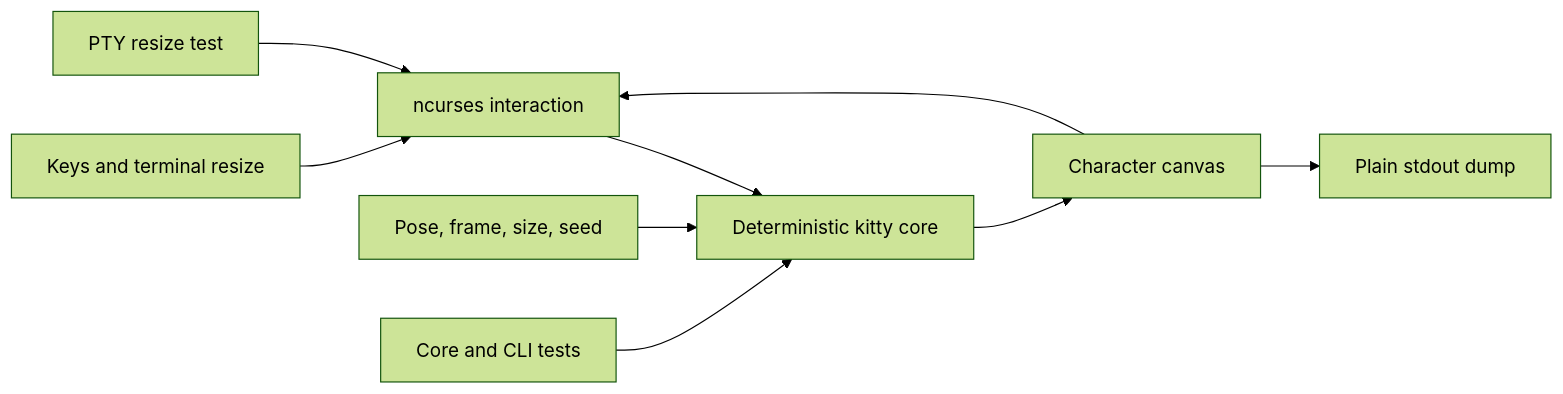
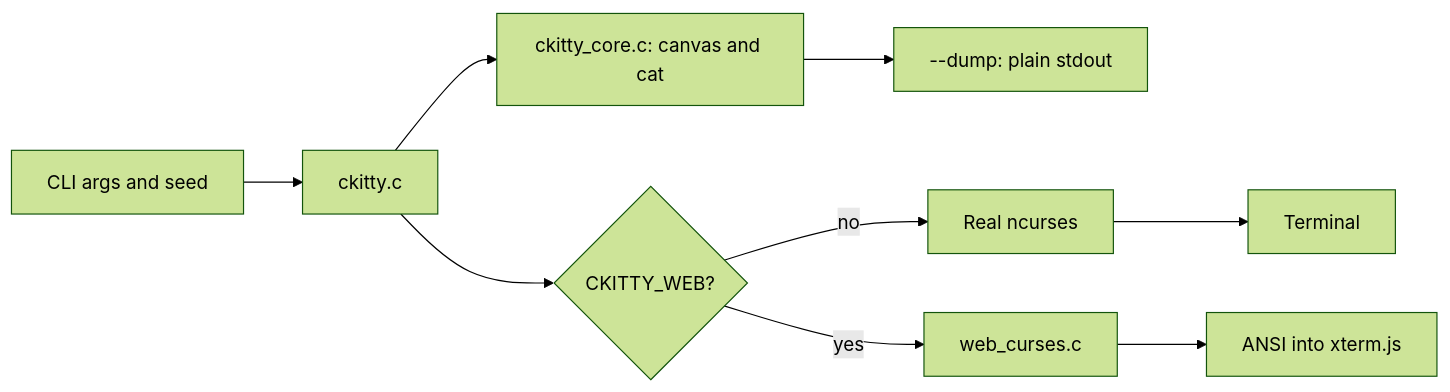
The diagram in architecture/ckitty.mdx (fortunexbt/docs), drawn with Mermaid (forest theme) before and after one commit. The commit also changed other lines of this file and 35 other files, not shown here.

````diff
--- a/architecture/ckitty.mdx
+++ b/architecture/ckitty.mdx
@@ -26,11 +31,11 @@
 ```mermaid
 flowchart LR
-  Keys[Keys and terminal resize] --> UI[ncurses interaction]
-  UI --> Core[Deterministic kitty core]
-  Seed[Pose, frame, size, seed] --> Core
-  Core --> Canvas[Character canvas]
-  Canvas --> UI
-  Canvas --> Dump[Plain stdout dump]
-  Tests[Core and CLI tests] --> Core
-  Resize[PTY resize test] --> UI
+  Args[CLI args and seed] --> App[ckitty.c]
+  App --> Core[ckitty_core.c: canvas and cat]
+  Core --> Dump[--dump: plain stdout]
+  App --> Curses{CKITTY_WEB?}
+  Curses -->|no| Ncurses[Real ncurses]
+  Curses -->|yes| Shim[web_curses.c]
+  Ncurses --> Term[Terminal]
+  Shim --> Xterm[ANSI into xterm.js]
 ```
````
